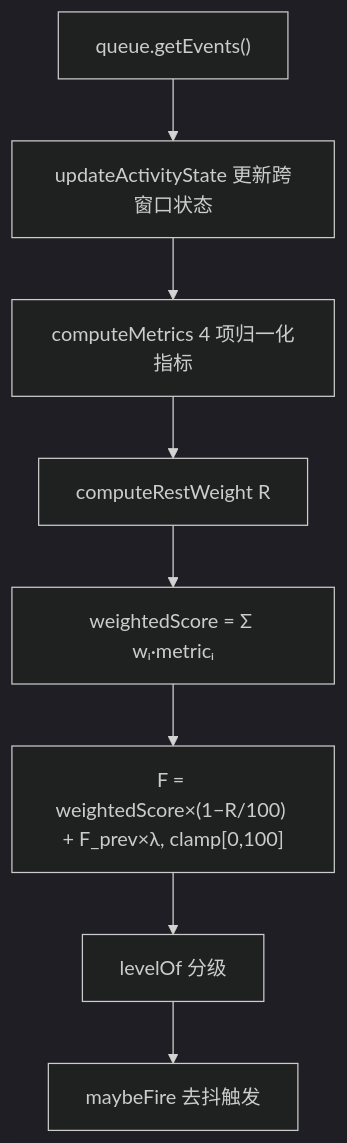
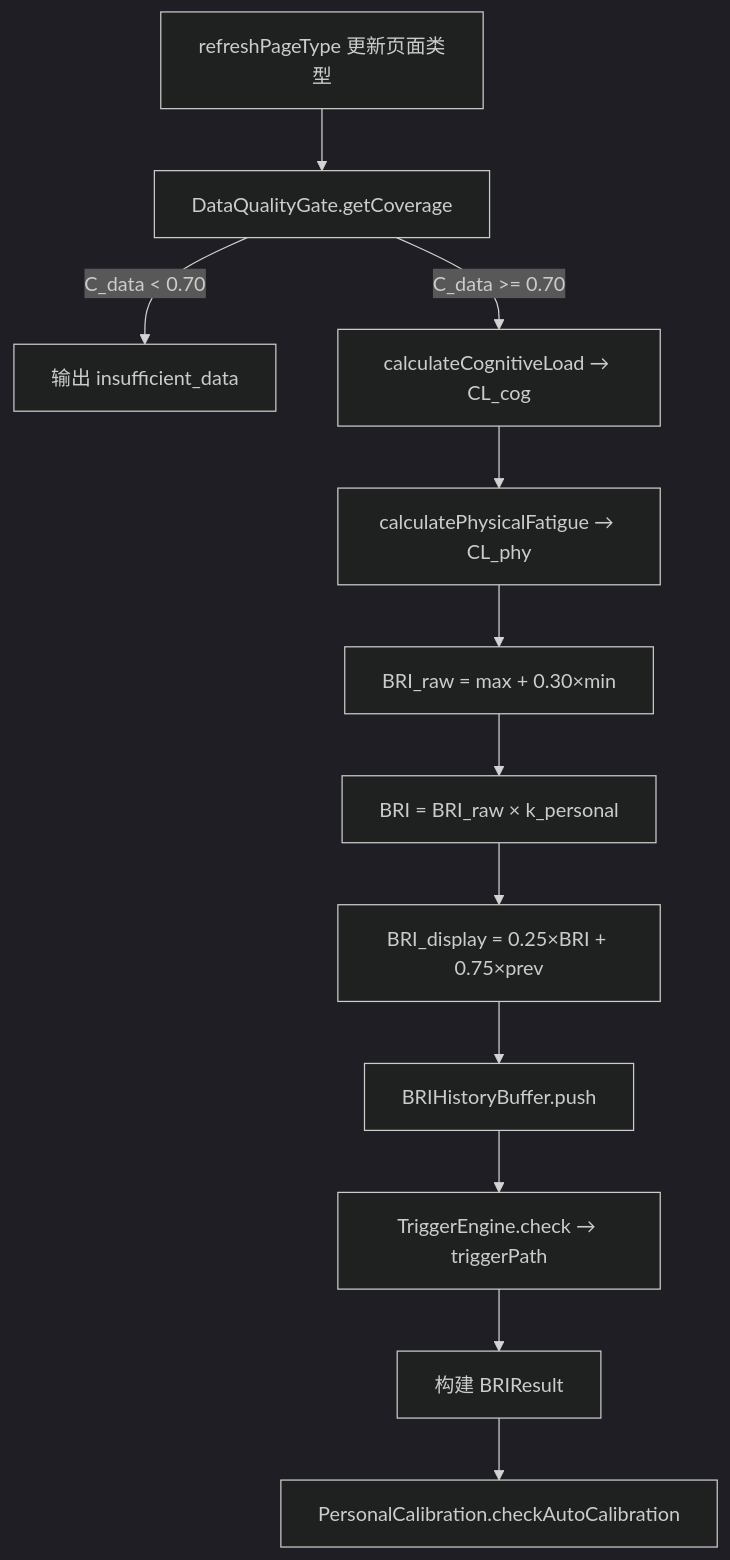
The diagram in .qoder/repowiki/zh/content/架构设计/组件架构/后台服务架构/规则事件分发器.md (MingxuanGame/BrainRest), drawn with Mermaid (dark theme) before and after one commit. The commit also changed other lines of this file and 70 other files, not shown here.

````diff
--- a/.qoder/repowiki/zh/content/架构设计/组件架构/后台服务架构/规则事件分发器.md
+++ b/.qoder/repowiki/zh/content/架构设计/组件架构/后台服务架构/规则事件分发器.md
@@ -39,10 +53,14 @@
 ```mermaid
 flowchart TD
-A["queue.getEvents()"] --> B["updateActivityState 更新跨窗口状态"]
-B --> C["computeMetrics 4 项归一化指标"]
-C --> D["computeRestWeight R"]
-D --> E["weightedScore = Σ wᵢ·metricᵢ"]
-E --> F["F = weightedScore×(1−R/100) + F_prev×λ, clamp[0,100]"]
-F --> G["levelOf 分级"]
-G --> H["maybeFire 去抖触发"]
+A["refreshPageType 更新页面类型"] --> B["DataQualityGate.getCoverage"]
+B -->|C_data < 0.70| X["输出 insufficient_data"]
+B -->|C_data >= 0.70| C["calculateCognitiveLoad → CL_cog"]
+C --> D["calculatePhysicalFatigue → CL_phy"]
+D --> E["BRI_raw = max + 0.30×min"]
+E --> F["BRI = BRI_raw × k_personal"]
+F --> G["BRI_display = 0.25×BRI + 0.75×prev"]
+G --> H["BRIHistoryBuffer.push"]
+H --> I["TriggerEngine.check → triggerPath"]
+I --> J["构建 BRIResult"]
+J --> K["PersonalCalibration.checkAutoCalibration"]
 ```
````
